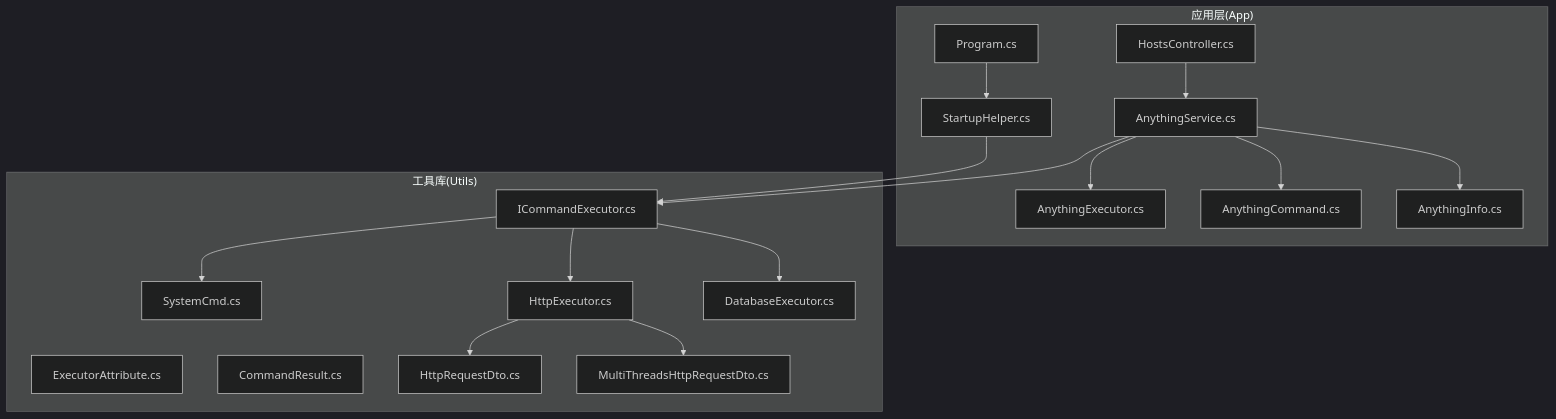
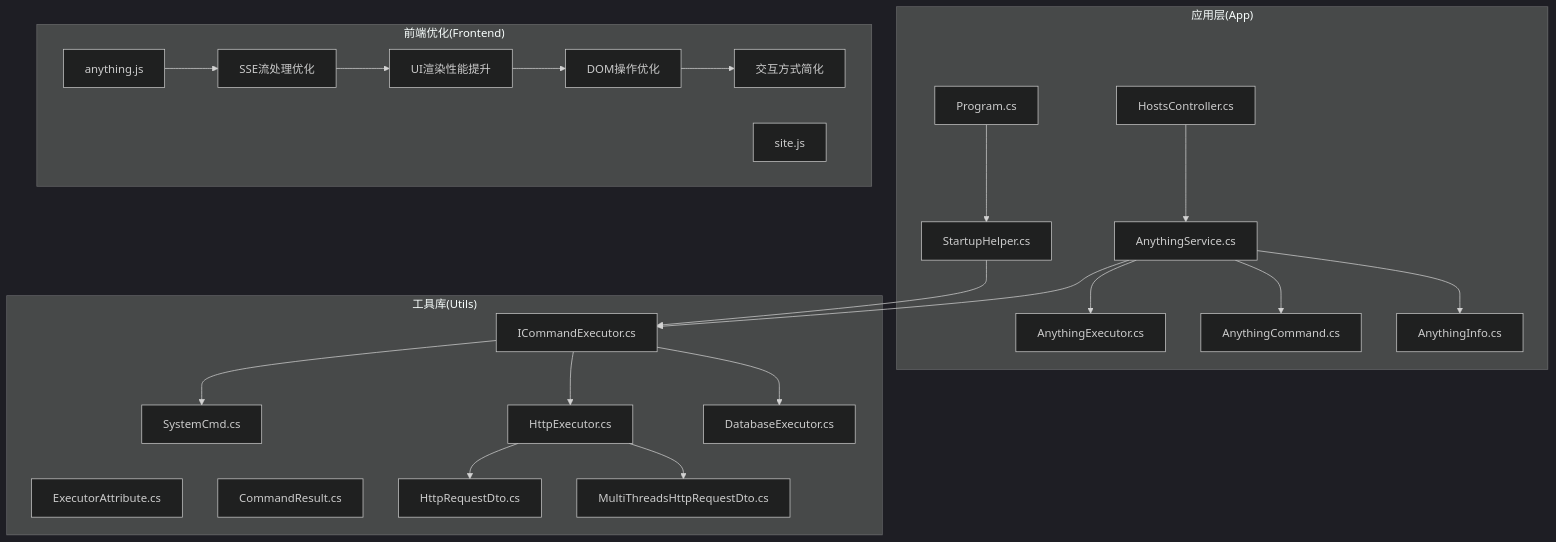
Before and after one commit to Sosososolong/AirGo: the first of 10 diagrams in .qoder/repowiki/zh/content/远程主机管理模块/命令执行器系统.md, drawn with Mermaid (dark theme). The commit also changed other lines of this file and 22 other files, not shown here.

````diff
--- a/.qoder/repowiki/zh/content/远程主机管理模块/命令执行器系统.md
+++ b/.qoder/repowiki/zh/content/远程主机管理模块/命令执行器系统.md
@@ -40,34 +51,46 @@
 ```mermaid
 graph TB
 subgraph "应用层(App)"
 PC["Program.cs"]
 SH["StartupHelper.cs"]
 HC["HostsController.cs"]
 AS["AnythingService.cs"]
 AE["AnythingExecutor.cs"]
 AC["AnythingCommand.cs"]
 AI["AnythingInfo.cs"]
 end
 subgraph "工具库(Utils)"
 IEC["ICommandExecutor.cs"]
 EXA["ExecutorAttribute.cs"]
 SYS["SystemCmd.cs"]
 HTTP["HttpExecutor.cs"]
 DBE["DatabaseExecutor.cs"]
 CR["CommandResult.cs"]
 HREQ["HttpRequestDto.cs"]
 MREQ["MultiThreadsHttpRequestDto.cs"]
 end
+subgraph "前端优化(Frontend)"
+AJAX["anything.js"]
+SITE["site.js"]
+SSE["SSE流处理优化"]
+PERF["UI渲染性能提升"]
+DOM["DOM操作优化"]
+INTERACT["交互方式简化"]
+end
 PC --> SH
 SH --> IEC
 IEC --> SYS
 IEC --> HTTP
 IEC --> DBE
 AS --> IEC
 AS --> AE
 AS --> AC
 AS --> AI
 HC --> AS
 HTTP --> HREQ
 HTTP --> MREQ
+AJAX --> SSE
+SSE --> PERF
+PERF --> DOM
+DOM --> INTERACT
 ```
````
